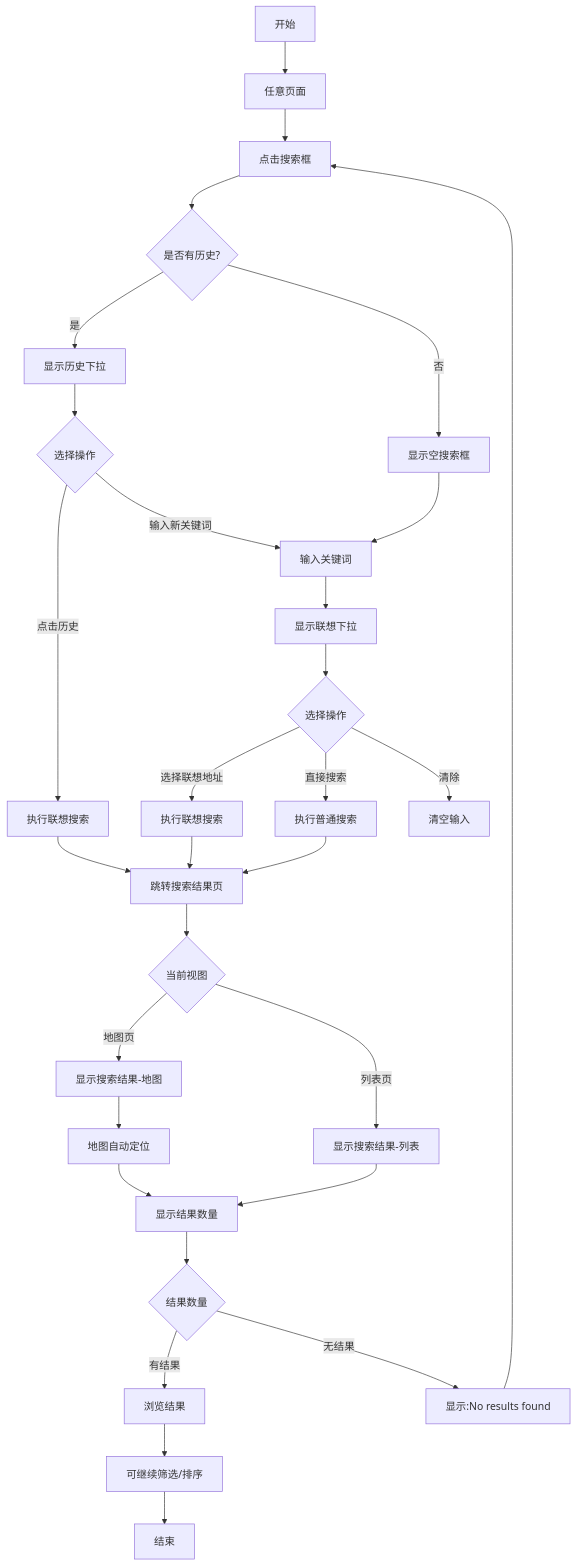
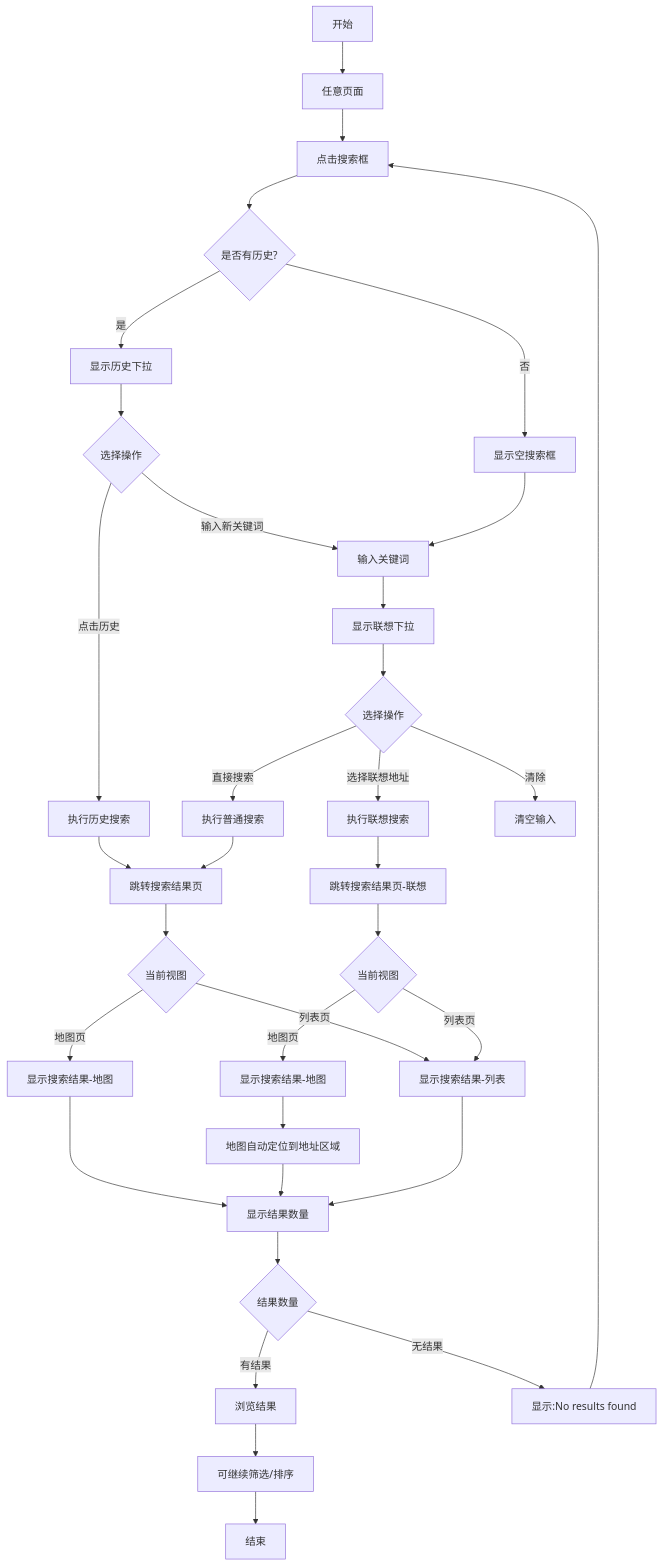
The diagram in bundled/knowledge_base/业务知识图谱/房产业务域/房产搜索业务流程.md (jiadan-user/jiacangku), drawn with Mermaid before and after one commit. The commit also changed other lines of this file, not shown here.

First line of the commit message:
完善房产搜索业务流程地图定位规则

````diff
--- a/bundled/knowledge_base/业务知识图谱/房产业务域/房产搜索业务流程.md
+++ b/bundled/knowledge_base/业务知识图谱/房产业务域/房产搜索业务流程.md
@@ -9,39 +9,44 @@
 ```mermaid
 graph TD
     Start[开始] --> Step1[任意页面]
     Step1 --> Step2[点击搜索框]
     Step2 --> Choice1{是否有历史?}
     Choice1 -->|是| Step3[显示历史下拉]
     Choice1 -->|否| Step4[显示空搜索框]
     
     Step3 --> Choice2{选择操作}
-    Choice2 -->|点击历史| Step5[执行联想搜索]
+    Choice2 -->|点击历史| Step5[执行历史搜索]
     Choice2 -->|输入新关键词| Step6[输入关键词]
     
     Step4 --> Step6
     Step6 --> Step7[显示联想下拉]
     Step7 --> Choice3{选择操作}
     Choice3 -->|选择联想地址| Step8[执行联想搜索]
     Choice3 -->|直接搜索| Step9[执行普通搜索]
     Choice3 -->|清除| Step10[清空输入]
     
     Step5 --> Step11[跳转搜索结果页]
-    Step8 --> Step11
+    Step8 --> Step11A[跳转搜索结果页-联想]
     Step9 --> Step11
     
     Step11 --> Choice4{当前视图}
     Choice4 -->|列表页| Step12[显示搜索结果-列表]
     Choice4 -->|地图页| Step13[显示搜索结果-地图]
     
-    Step13 --> Step14[地图自动定位]
-    Step14 --> Step15[显示结果数量]
+    Step11A --> Choice4A{当前视图}
+    Choice4A -->|列表页| Step12
+    Choice4A -->|地图页| Step13A[显示搜索结果-地图]
+    
+    Step13A --> Step14[地图自动定位到地址区域]
+    Step13 --> Step15[显示结果数量]
+    Step14 --> Step15
     Step12 --> Step15
     
     Step15 --> Choice5{结果数量}
     Choice5 -->|有结果| Step16[浏览结果]
     Choice5 -->|无结果| Error1[显示:No results found]
     
     Step16 --> Step17[可继续筛选/排序]
     Step17 --> End[结束]
     Error1 --> Step2
 ```
````
